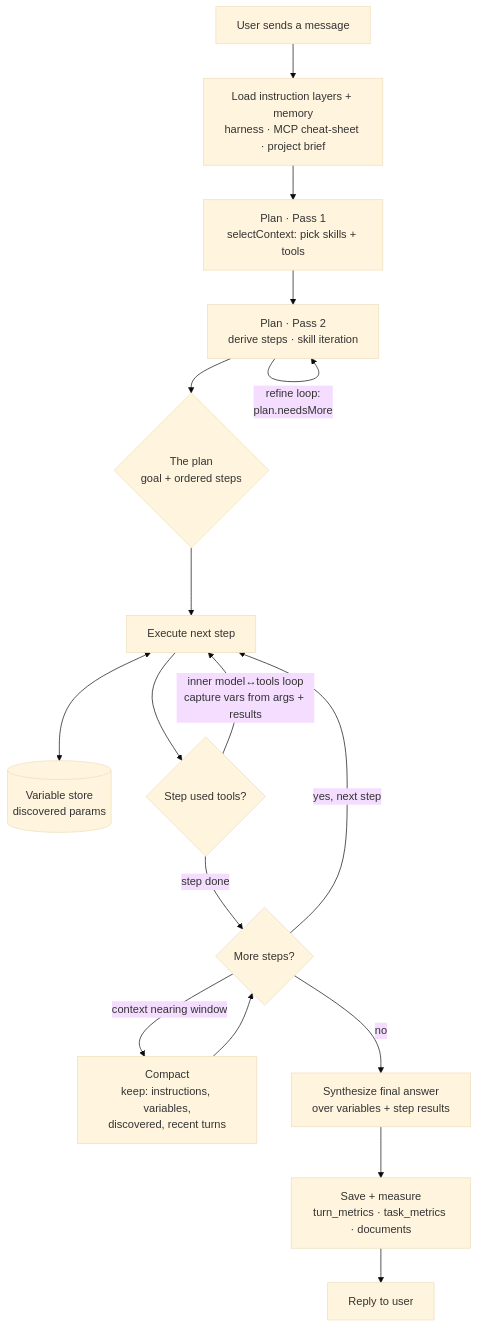
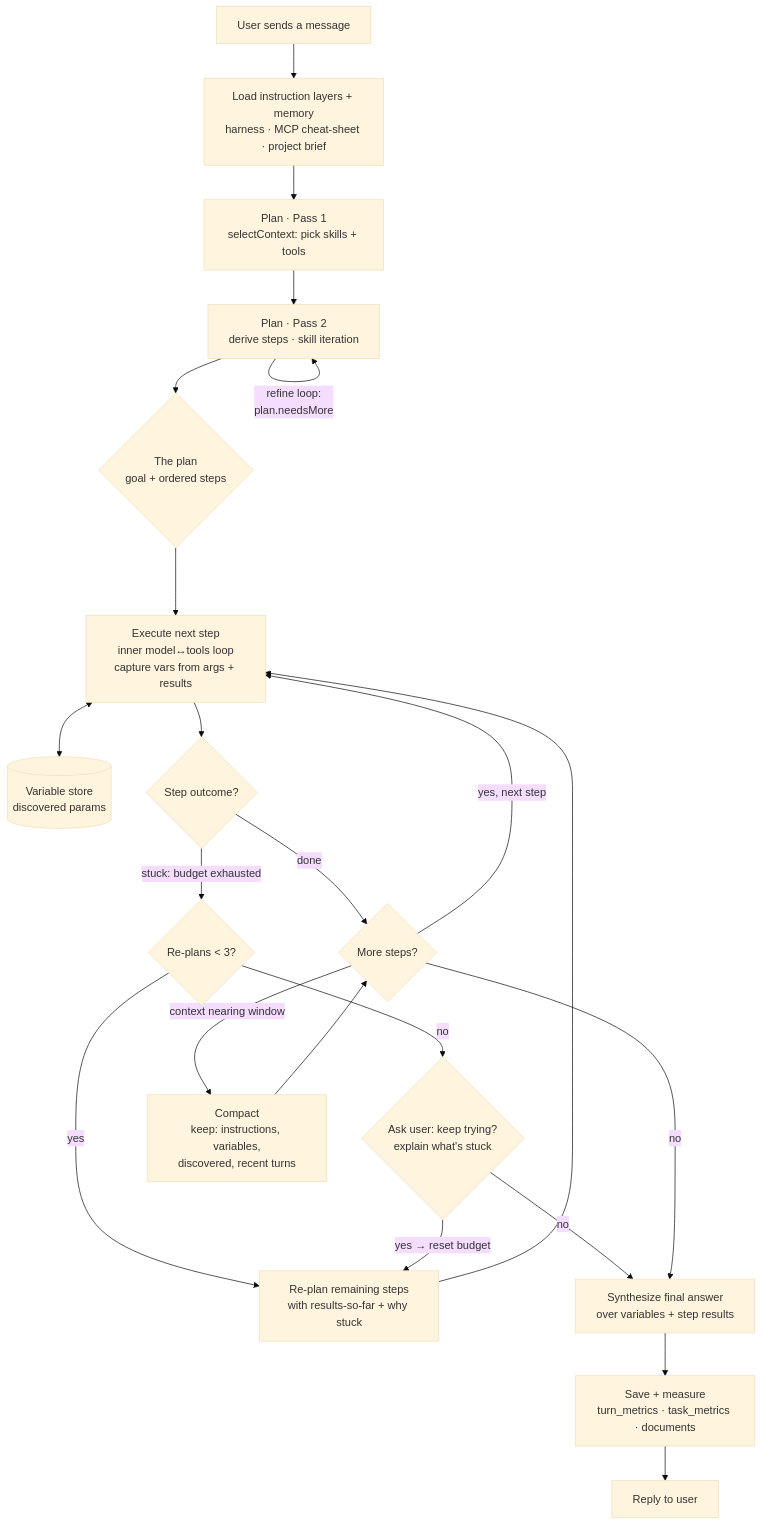
The diagram in docs/PLANNING_ARCHITECTURE.md (coretez/agnostic-chat), drawn with Mermaid (base theme) before and after one commit. The commit also changed other lines of this file, not shown here.

First line of the commit message:
Planning design: decide stuck-step handling (re-plan ≤3 → escalate)

````diff
--- a/docs/PLANNING_ARCHITECTURE.md
+++ b/docs/PLANNING_ARCHITECTURE.md
@@ -83,19 +83,24 @@
 ```mermaid
 flowchart TD
     A[User sends a message] --> B[Load instruction layers + memory<br/>harness · MCP cheat-sheet · project brief]
     B --> C[Plan · Pass 1<br/>selectContext: pick skills + tools]
     C --> D[Plan · Pass 2<br/>derive steps  ·  skill iteration]
     D -->|refine loop:<br/>plan.needsMore| D
     D --> E{The plan<br/>goal + ordered steps}
-    E --> F[Execute next step]
+    E --> F[Execute next step<br/>inner model↔tools loop<br/>capture vars from args + results]
     F <--> V[(Variable store<br/>discovered params)]
-    F --> G{Step used tools?}
-    G -->|inner model↔tools loop<br/>capture vars from args + results| F
-    G -->|step done| H{More steps?}
+    F --> S{Step outcome?}
+    S -->|done| H{More steps?}
+    S -->|stuck: budget exhausted| R{Re-plans < 3?}
+    R -->|yes| RP[Re-plan remaining steps<br/>with results-so-far + why stuck]
+    RP --> F
+    R -->|no| UA{Ask user: keep trying?<br/>explain what's stuck}
+    UA -->|yes → reset budget| RP
+    UA -->|no| I
     H -->|yes, next step| F
     H -->|context nearing window| K[Compact<br/>keep: instructions, variables,<br/>discovered, recent turns]
     K --> H
     H -->|no| I[Synthesize final answer<br/>over variables + step results]
     I --> J[Save + measure<br/>turn_metrics · task_metrics · documents]
     J --> Z[Reply to user]
 ```
````
